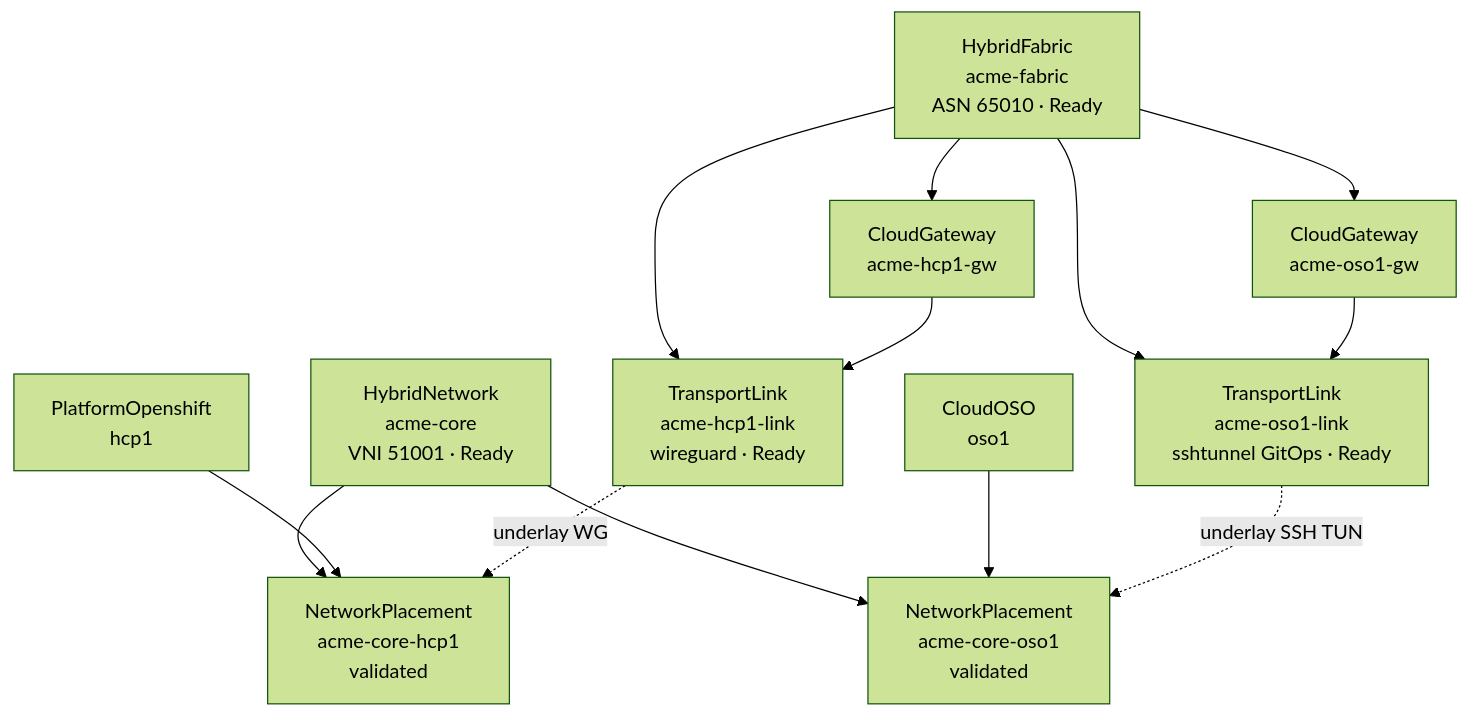
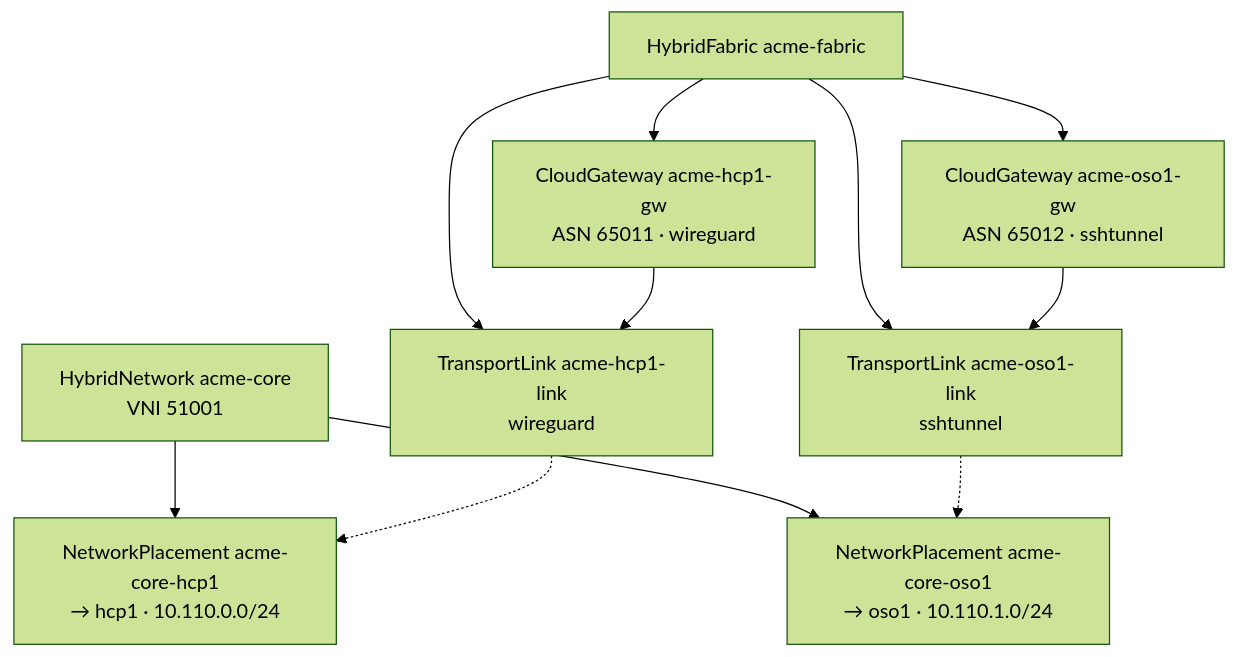
Before and after one commit to hybrid-sovereign-cloud/hybridcloud-demojam: the third of 5 diagrams in design/fabric-verify.md, drawn with Mermaid (forest theme). The commit also changed other lines of this file, not shown here.

Commit message:
docs(fabric): document Acme and Chad fabrics in fabric-verify.

````diff
--- a/design/fabric-verify.md
+++ b/design/fabric-verify.md
@@ -60,27 +91,18 @@
 ```mermaid
 flowchart TB
-  HF["HybridFabric<br/>acme-fabric<br/>ASN 65010 · Ready"]
-  HN["HybridNetwork<br/>acme-core<br/>VNI 51001 · Ready"]
+  HF["HybridFabric acme-fabric"]
+  HN["HybridNetwork acme-core<br/>VNI 51001"]
+  GW1["CloudGateway acme-hcp1-gw<br/>ASN 65011 · wireguard"]
+  GW2["CloudGateway acme-oso1-gw<br/>ASN 65012 · sshtunnel"]
+  TL1["TransportLink acme-hcp1-link<br/>wireguard"]
+  TL2["TransportLink acme-oso1-link<br/>sshtunnel"]
+  NP1["NetworkPlacement acme-core-hcp1<br/>→ hcp1 · 10.110.0.0/24"]
+  NP2["NetworkPlacement acme-core-oso1<br/>→ oso1 · 10.110.1.0/24"]
 
-  GW1["CloudGateway<br/>acme-hcp1-gw"]
-  GW2["CloudGateway<br/>acme-oso1-gw"]
-  TL1["TransportLink<br/>acme-hcp1-link<br/>wireguard · Ready"]
-  TL2["TransportLink<br/>acme-oso1-link<br/>sshtunnel GitOps · Ready"]
-  NP1["NetworkPlacement<br/>acme-core-hcp1<br/>validated"]
-  NP2["NetworkPlacement<br/>acme-core-oso1<br/>validated"]
-  PO["PlatformOpenshift<br/>hcp1"]
-  OSO["CloudOSO<br/>oso1"]
-
-  HF --> TL1
-  HF --> TL2
-  HF --> GW1
-  HF --> GW2
+  HF --> GW1 & GW2 & TL1 & TL2
   GW1 --> TL1
   GW2 --> TL2
-  HN --> NP1
-  HN --> NP2
-  PO --> NP1
-  OSO --> NP2
-  TL1 -.->|underlay WG| NP1
-  TL2 -.->|underlay SSH TUN| NP2
+  HN --> NP1 & NP2
+  TL1 -.-> NP1
+  TL2 -.-> NP2
 ```
````
